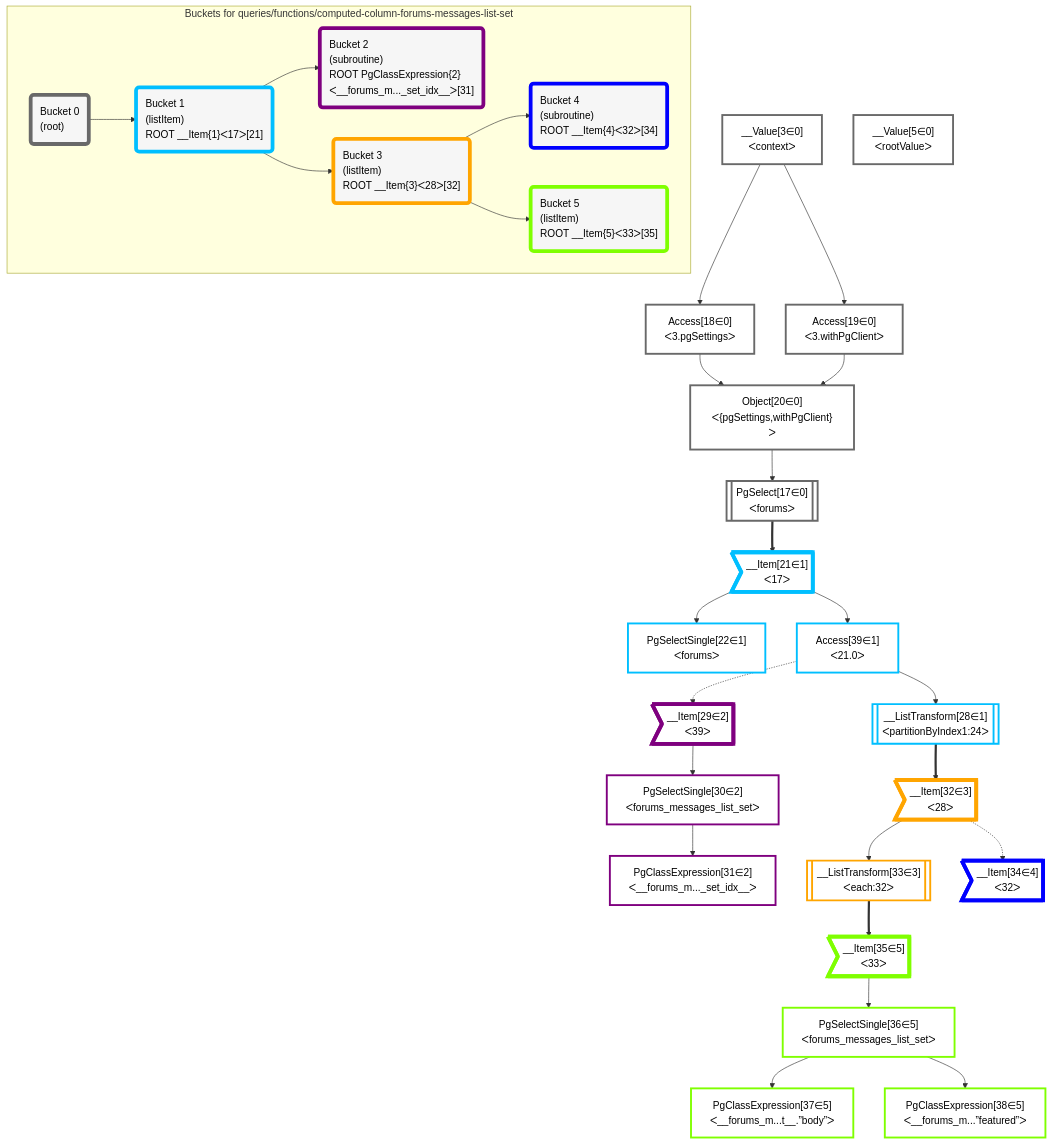
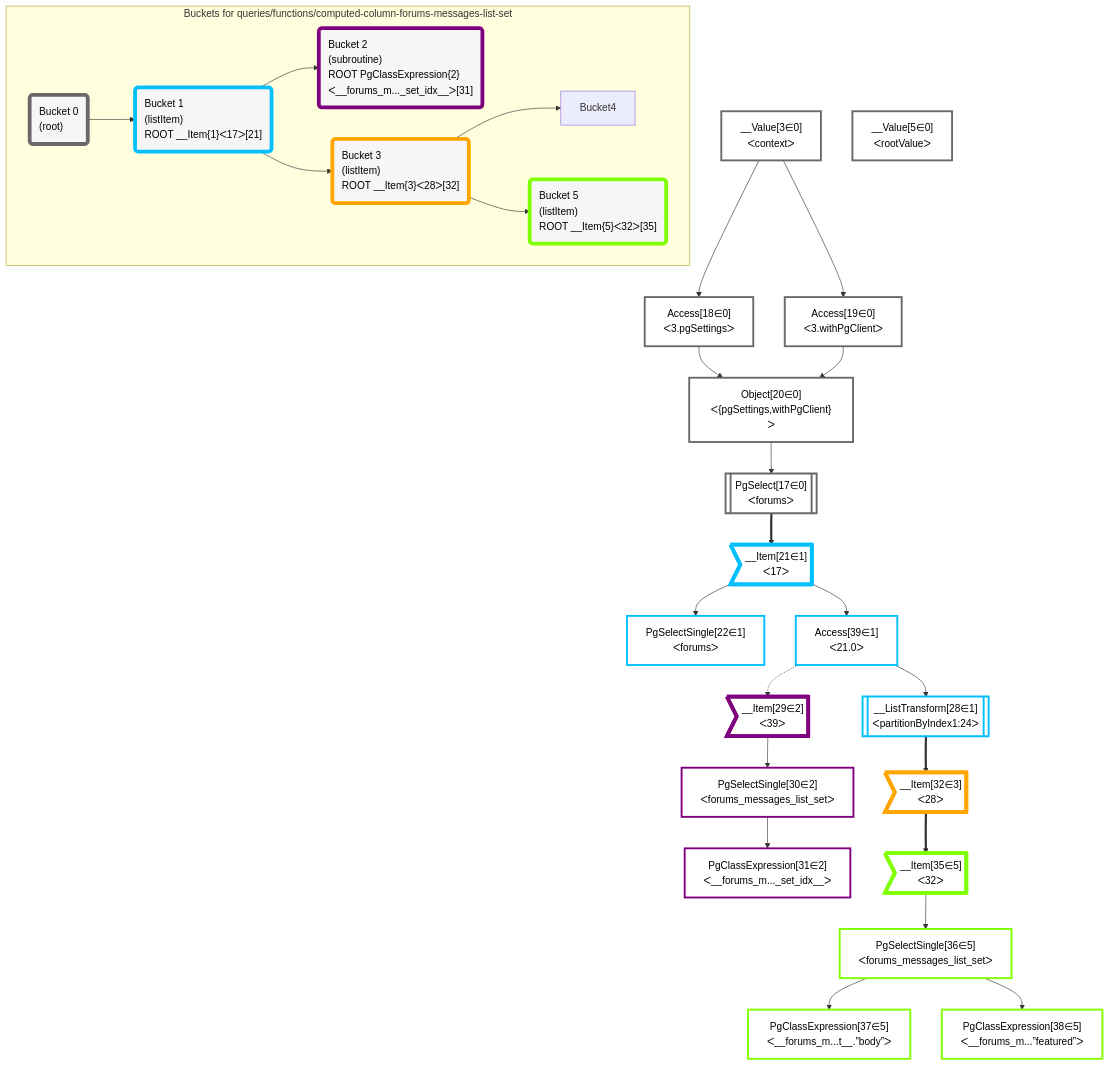
Before and after one commit to graphile/crystal: the diagram in grafast/dataplan-pg/__tests__/queries/functions/computed-column-forums-messages-list-set.mermaid, drawn with Mermaid. The commit also changed 4 other files, not shown here.

```diff
--- a/grafast/dataplan-pg/__tests__/queries/functions/computed-column-forums-messages-list-set.mermaid
+++ b/grafast/dataplan-pg/__tests__/queries/functions/computed-column-forums-messages-list-set.mermaid
@@ -1,73 +1,66 @@
 graph TD
     classDef path fill:#eee,stroke:#000,color:#000
     classDef plan fill:#fff,stroke-width:3px,color:#000
     classDef itemplan fill:#fff,stroke-width:6px,color:#000
     classDef sideeffectplan fill:#f00,stroke-width:6px,color:#000
     classDef bucket fill:#f6f6f6,color:#000,stroke-width:6px,text-align:left
 
 
     %% define steps
     __Value3["__Value[3∈0]<br />ᐸcontextᐳ"]:::plan
     __Value5["__Value[5∈0]<br />ᐸrootValueᐳ"]:::plan
     Access18["Access[18∈0]<br />ᐸ3.pgSettingsᐳ"]:::plan
     Access19["Access[19∈0]<br />ᐸ3.withPgClientᐳ"]:::plan
     Object20["Object[20∈0]<br />ᐸ{pgSettings,withPgClient}ᐳ"]:::plan
     PgSelect17[["PgSelect[17∈0]<br />ᐸforumsᐳ"]]:::plan
     __Item21>"__Item[21∈1]<br />ᐸ17ᐳ"]:::itemplan
     PgSelectSingle22["PgSelectSingle[22∈1]<br />ᐸforumsᐳ"]:::plan
     Access39["Access[39∈1]<br />ᐸ21.0ᐳ"]:::plan
     __ListTransform28[["__ListTransform[28∈1]<br />ᐸpartitionByIndex1:24ᐳ"]]:::plan
     __Item29>"__Item[29∈2]<br />ᐸ39ᐳ"]:::itemplan
     PgSelectSingle30["PgSelectSingle[30∈2]<br />ᐸforums_messages_list_setᐳ"]:::plan
     PgClassExpression31["PgClassExpression[31∈2]<br />ᐸ__forums_m..._set_idx__ᐳ"]:::plan
     __Item32>"__Item[32∈3]<br />ᐸ28ᐳ"]:::itemplan
-    __ListTransform33[["__ListTransform[33∈3]<br />ᐸeach:32ᐳ"]]:::plan
-    __Item34>"__Item[34∈4]<br />ᐸ32ᐳ"]:::itemplan
-    __Item35>"__Item[35∈5]<br />ᐸ33ᐳ"]:::itemplan
+    __Item35>"__Item[35∈5]<br />ᐸ32ᐳ"]:::itemplan
     PgSelectSingle36["PgSelectSingle[36∈5]<br />ᐸforums_messages_list_setᐳ"]:::plan
     PgClassExpression37["PgClassExpression[37∈5]<br />ᐸ__forums_m...t__.”body”ᐳ"]:::plan
     PgClassExpression38["PgClassExpression[38∈5]<br />ᐸ__forums_m...”featured”ᐳ"]:::plan
 
     %% plan dependencies
     __Value3 --> Access18
     __Value3 --> Access19
     Access18 & Access19 --> Object20
     Object20 --> PgSelect17
     PgSelect17 ==> __Item21
     __Item21 --> PgSelectSingle22
     __Item21 --> Access39
     Access39 --> __ListTransform28
     Access39 -.-> __Item29
     __Item29 --> PgSelectSingle30
     PgSelectSingle30 --> PgClassExpression31
     __ListTransform28 ==> __Item32
-    __Item32 --> __ListTransform33
-    __Item32 -.-> __Item34
-    __ListTransform33 ==> __Item35
+    __Item32 ==> __Item35
     __Item35 --> PgSelectSingle36
     PgSelectSingle36 --> PgClassExpression37
     PgSelectSingle36 --> PgClassExpression38
 
     subgraph "Buckets for queries/functions/computed-column-forums-messages-list-set"
     Bucket0("Bucket 0<br />(root)"):::bucket
     classDef bucket0 stroke:#696969
     class Bucket0,__Value3,__Value5,PgSelect17,Access18,Access19,Object20 bucket0
     Bucket1("Bucket 1<br />(listItem)<br />ROOT __Item{1}ᐸ17ᐳ[21]"):::bucket
     classDef bucket1 stroke:#00bfff
     class Bucket1,__Item21,PgSelectSingle22,__ListTransform28,Access39 bucket1
     Bucket2("Bucket 2<br />(subroutine)<br />ROOT PgClassExpression{2}ᐸ__forums_m..._set_idx__ᐳ[31]"):::bucket
     classDef bucket2 stroke:#7f007f
     class Bucket2,__Item29,PgSelectSingle30,PgClassExpression31 bucket2
     Bucket3("Bucket 3<br />(listItem)<br />ROOT __Item{3}ᐸ28ᐳ[32]"):::bucket
     classDef bucket3 stroke:#ffa500
-    class Bucket3,__Item32,__ListTransform33 bucket3
-    Bucket4("Bucket 4<br />(subroutine)<br />ROOT __Item{4}ᐸ32ᐳ[34]"):::bucket
-    classDef bucket4 stroke:#0000ff
-    class Bucket4,__Item34 bucket4
-    Bucket5("Bucket 5<br />(listItem)<br />ROOT __Item{5}ᐸ33ᐳ[35]"):::bucket
+    class Bucket3,__Item32 bucket3
+    Bucket5("Bucket 5<br />(listItem)<br />ROOT __Item{5}ᐸ32ᐳ[35]"):::bucket
     classDef bucket5 stroke:#7fff00
     class Bucket5,__Item35,PgSelectSingle36,PgClassExpression37,PgClassExpression38 bucket5
     Bucket0 --> Bucket1
     Bucket1 --> Bucket2 & Bucket3
     Bucket3 --> Bucket4 & Bucket5
     end
```
